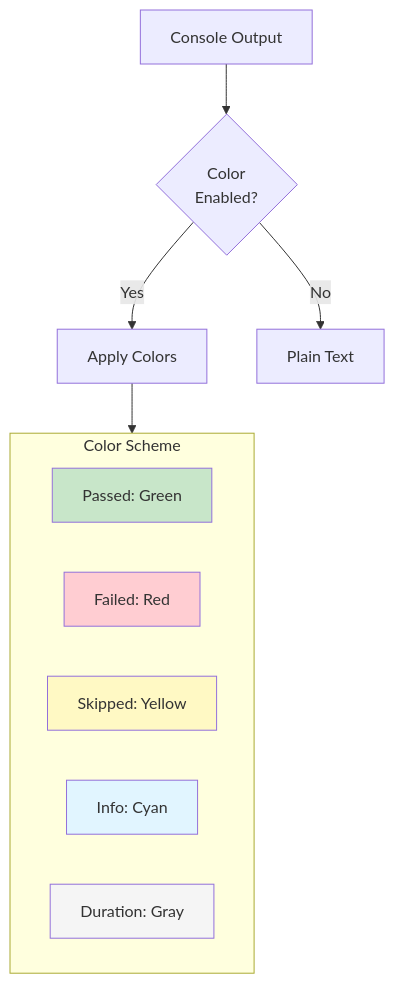
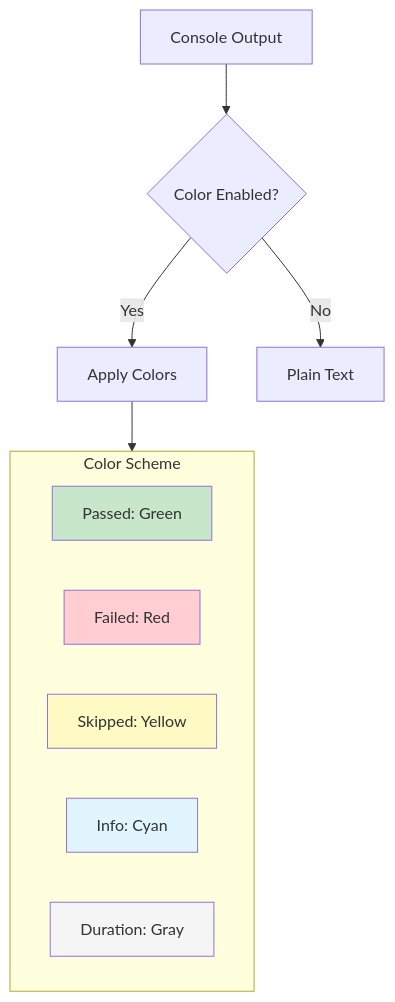
One commit to softwarewrighter/ui-test-rs changed the sixth of 14 diagrams in wiki/Reporter.md. Above: the diagram before and after it, drawn with Mermaid. The commit also changed other lines of this file and 10 other files, not shown here.

First line of the commit message:
Fix wiki Mermaid diagrams: remove <br/> tags

````diff
--- a/wiki/Reporter.md
+++ b/wiki/Reporter.md
@@ -254,27 +254,27 @@
 ```mermaid
 graph TB
     subgraph Colors["Color Scheme"]
         Green[Passed: Green]
         Red[Failed: Red]
         Yellow[Skipped: Yellow]
         Cyan[Info: Cyan]
         Gray[Duration: Gray]
     end
 
     Output[Console Output]
-    ColorEnabled{Color<br/>Enabled?}
+    ColorEnabled{Color Enabled?}
     Apply[Apply Colors]
     Plain[Plain Text]
 
     Output --> ColorEnabled
     ColorEnabled -->|Yes| Apply
     ColorEnabled -->|No| Plain
 
     Apply --> Colors
 
     style Green fill:#c8e6c9
     style Red fill:#ffcdd2
     style Yellow fill:#fff9c4
     style Cyan fill:#e1f5ff
     style Gray fill:#f5f5f5
 ```
````
